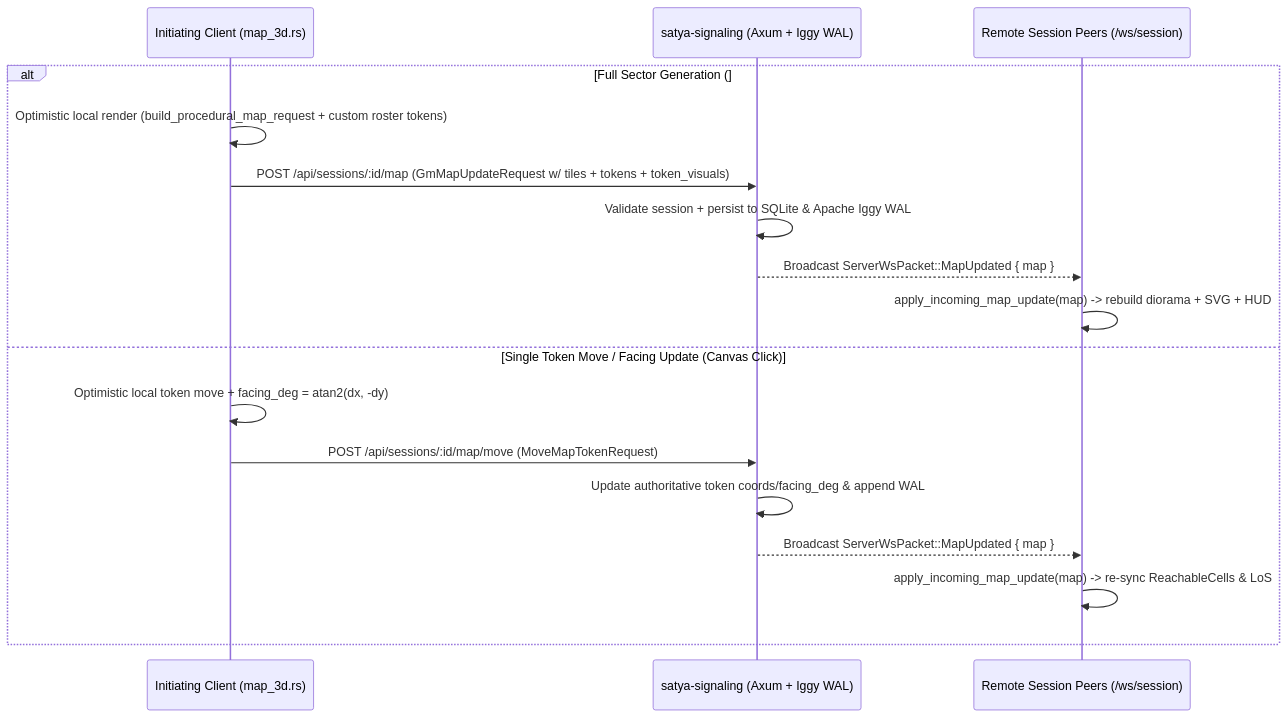
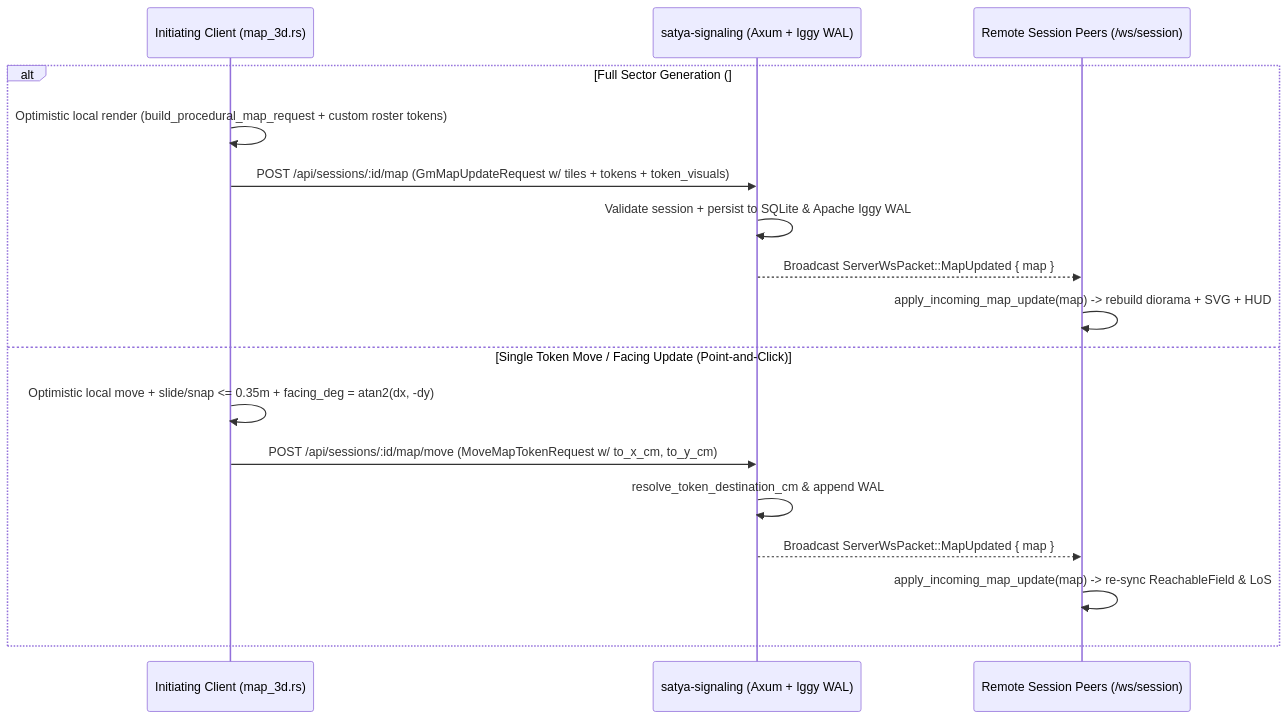
One commit to rarebreed/satya changed the third of 3 diagrams in docs/technical/satya-web/02-3d-tactical-map-diorama.md. Above: the diagram before and after it, drawn with Mermaid. The commit also changed other lines of this file and 61 other files, not shown here.

````diff
--- a/docs/technical/satya-web/02-3d-tactical-map-diorama.md
+++ b/docs/technical/satya-web/02-3d-tactical-map-diorama.md
@@ -138,20 +141,20 @@
 ```mermaid
 sequenceDiagram
     participant C1 as Initiating Client (map_3d.rs)
     participant Sig as satya-signaling (Axum + Iggy WAL)
     participant C2 as Remote Session Peers (/ws/session)
 
     alt Full Sector Generation (#btn-map-generate)
         C1->>C1: Optimistic local render (build_procedural_map_request + custom roster tokens)
         C1->>Sig: POST /api/sessions/:id/map (GmMapUpdateRequest w/ tiles + tokens + token_visuals)
         Sig->>Sig: Validate session + persist to SQLite & Apache Iggy WAL
         Sig-->>C2: Broadcast ServerWsPacket::MapUpdated { map }
         C2->>C2: apply_incoming_map_update(map) -> rebuild diorama + SVG + HUD
-    else Single Token Move / Facing Update (Canvas Click)
-        C1->>C1: Optimistic local token move + facing_deg = atan2(dx, -dy)
-        C1->>Sig: POST /api/sessions/:id/map/move (MoveMapTokenRequest)
-        Sig->>Sig: Update authoritative token coords/facing_deg & append WAL
+    else Single Token Move / Facing Update (Point-and-Click)
+        C1->>C1: Optimistic local move + slide/snap <= 0.35m + facing_deg = atan2(dx, -dy)
+        C1->>Sig: POST /api/sessions/:id/map/move (MoveMapTokenRequest w/ to_x_cm, to_y_cm)
+        Sig->>Sig: resolve_token_destination_cm & append WAL
         Sig-->>C2: Broadcast ServerWsPacket::MapUpdated { map }
-        C2->>C2: apply_incoming_map_update(map) -> re-sync ReachableCells & LoS
+        C2->>C2: apply_incoming_map_update(map) -> re-sync ReachableField & LoS
     end
 ```
````
